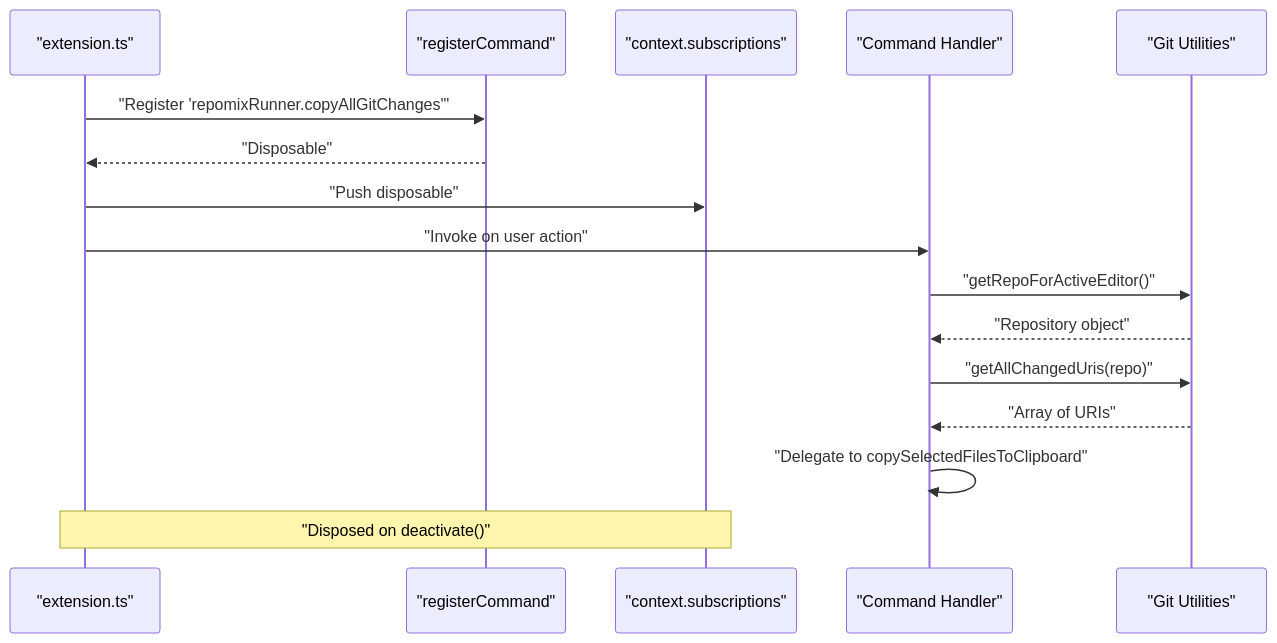
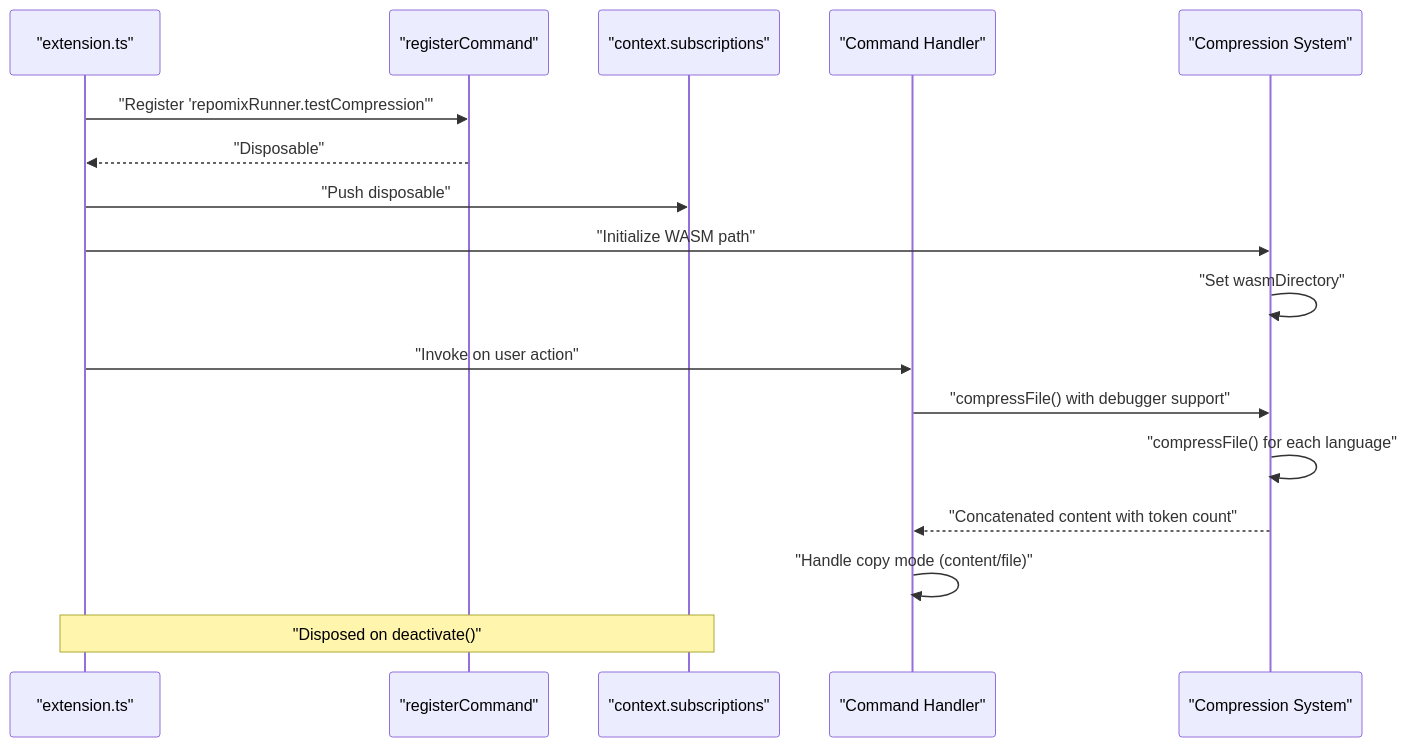
Before and after one commit to bramburn/repomix-runner: the third of 6 diagrams in .qoder/repowiki/en/content/Command System/Command System.md, drawn with Mermaid. The commit also changed other lines of this file and 19 other files, not shown here.

````diff
--- a/.qoder/repowiki/en/content/Command System/Command System.md
+++ b/.qoder/repowiki/en/content/Command System/Command System.md
@@ -201,18 +223,19 @@
 ```mermaid
 sequenceDiagram
 participant Ext as "extension.ts"
 participant Reg as "registerCommand"
 participant Sub as "context.subscriptions"
 participant Cmd as "Command Handler"
-participant Git as "Git Utilities"
-Ext->>Reg : "Register 'repomixRunner.copyAllGitChanges'"
+participant Comp as "Compression System"
+Ext->>Reg : "Register 'repomixRunner.testCompression'"
 Reg-->>Ext : "Disposable"
 Ext->>Sub : "Push disposable"
+Ext->>Comp : "Initialize WASM path"
+Comp->>Comp : "Set wasmDirectory"
 Ext->>Cmd : "Invoke on user action"
-Cmd->>Git : "getRepoForActiveEditor()"
-Git-->>Cmd : "Repository object"
-Cmd->>Git : "getAllChangedUris(repo)"
-Git-->>Cmd : "Array of URIs"
-Cmd->>Cmd : "Delegate to copySelectedFilesToClipboard"
+Cmd->>Comp : "compressFile() with debugger support"
+Comp->>Comp : "compressFile() for each language"
+Comp-->>Cmd : "Concatenated content with token count"
+Cmd->>Cmd : "Handle copy mode (content/file)"
 Note over Ext,Sub : "Disposed on deactivate()"
 ```
````
